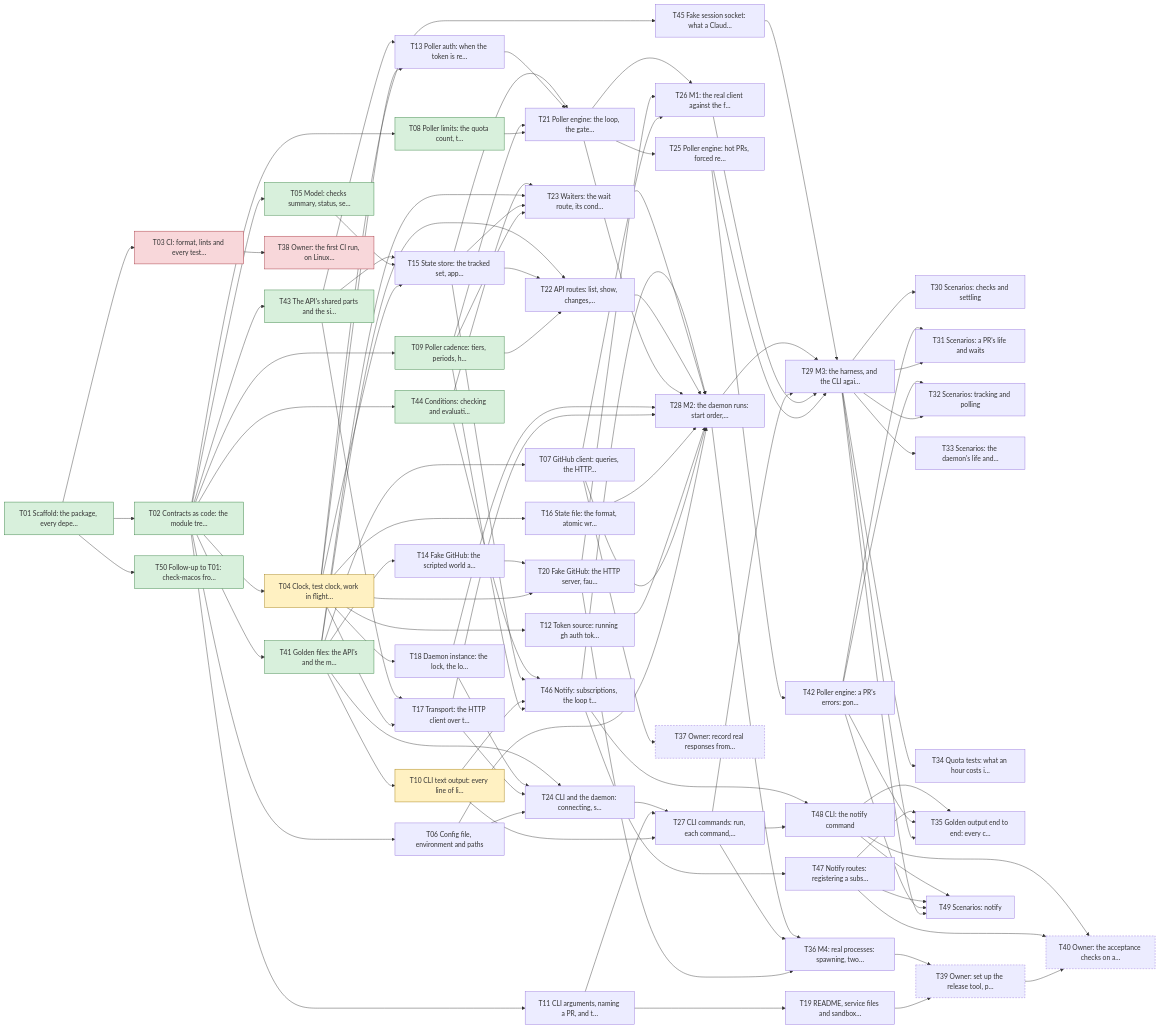
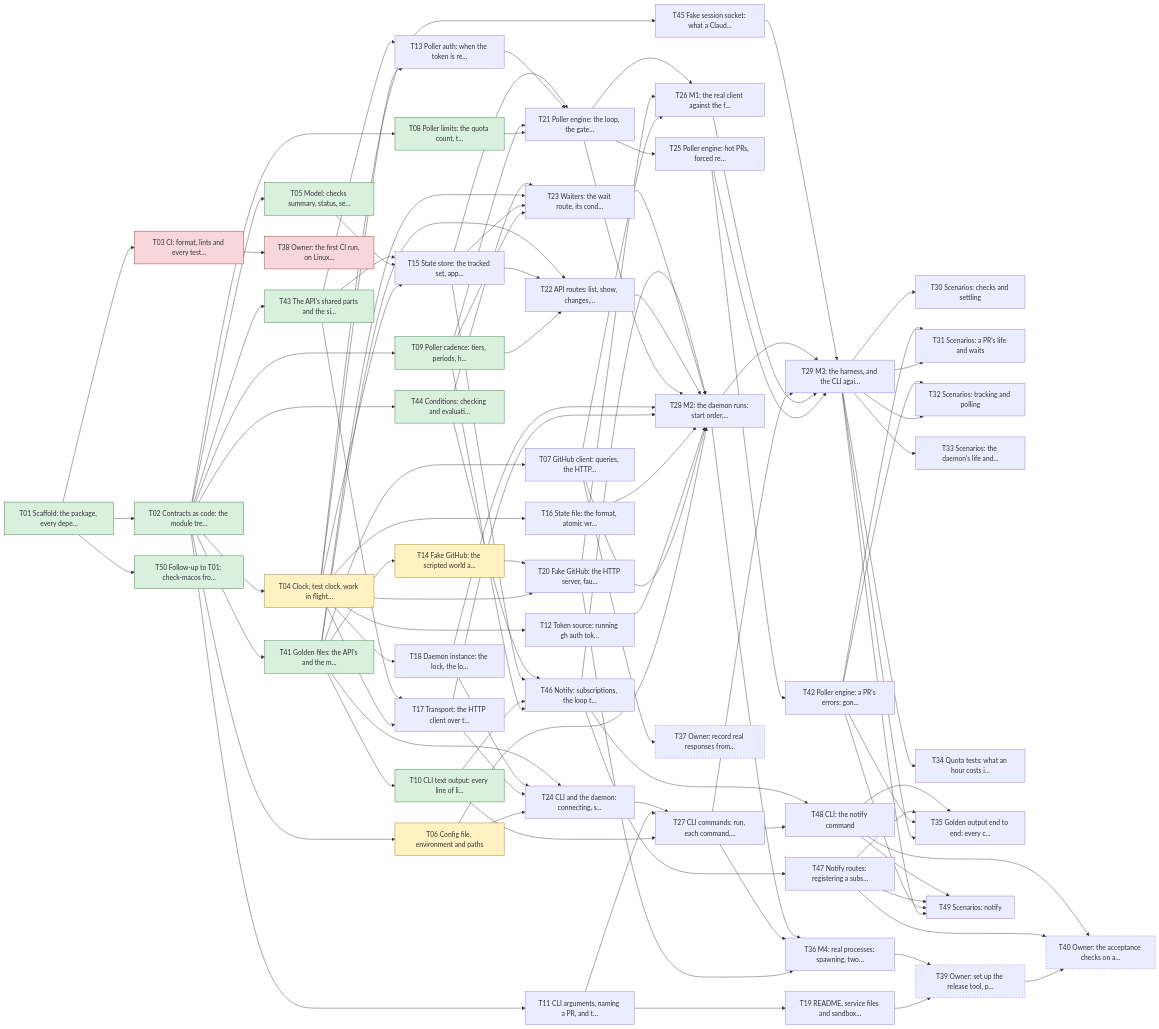
Before and after one commit to yachiko/circitor: the diagram in plan/README.md, drawn with Mermaid. The commit also changed other lines of this file and 4 other files, not shown here.

```diff
--- a/plan/README.md
+++ b/plan/README.md
@@ -142,15 +142,15 @@
   T03["T03 CI: format, lints and every test…"]:::blocked
   T04["T04 Clock, test clock, work in flight…"]:::active
   T05["T05 Model: checks summary, status, se…"]:::done
-  T06["T06 Config file, environment and paths"]
+  T06["T06 Config file, environment and paths"]:::active
   T07["T07 GitHub client: queries, the HTTP…"]
   T08["T08 Poller limits: the quota count, t…"]:::done
   T09["T09 Poller cadence: tiers, periods, h…"]:::done
-  T10["T10 CLI text output: every line of li…"]:::active
+  T10["T10 CLI text output: every line of li…"]:::done
   T11["T11 CLI arguments, naming a PR, and t…"]
   T12["T12 Token source: running gh auth tok…"]
   T13["T13 Poller auth: when the token is re…"]
-  T14["T14 Fake GitHub: the scripted world a…"]
+  T14["T14 Fake GitHub: the scripted world a…"]:::active
   T15["T15 State store: the tracked set, app…"]
   T16["T16 State file: the format, atomic wr…"]
   T17["T17 Transport: the HTTP client over t…"]
```
